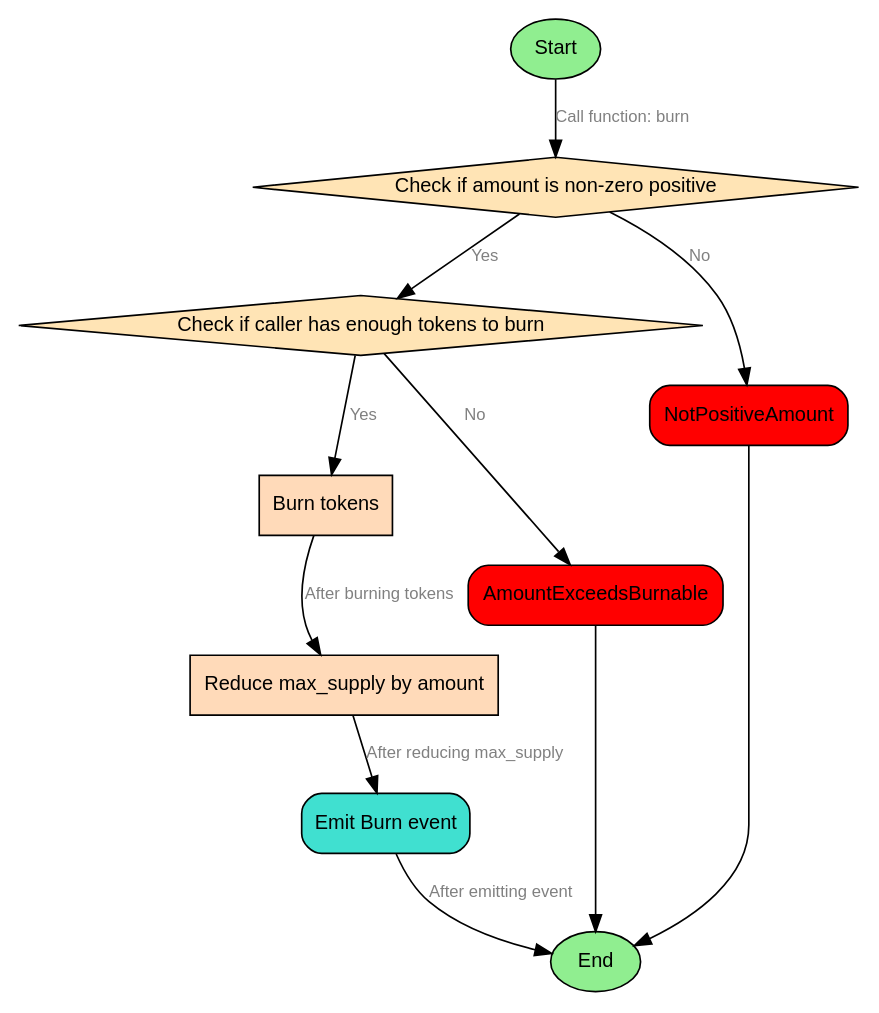
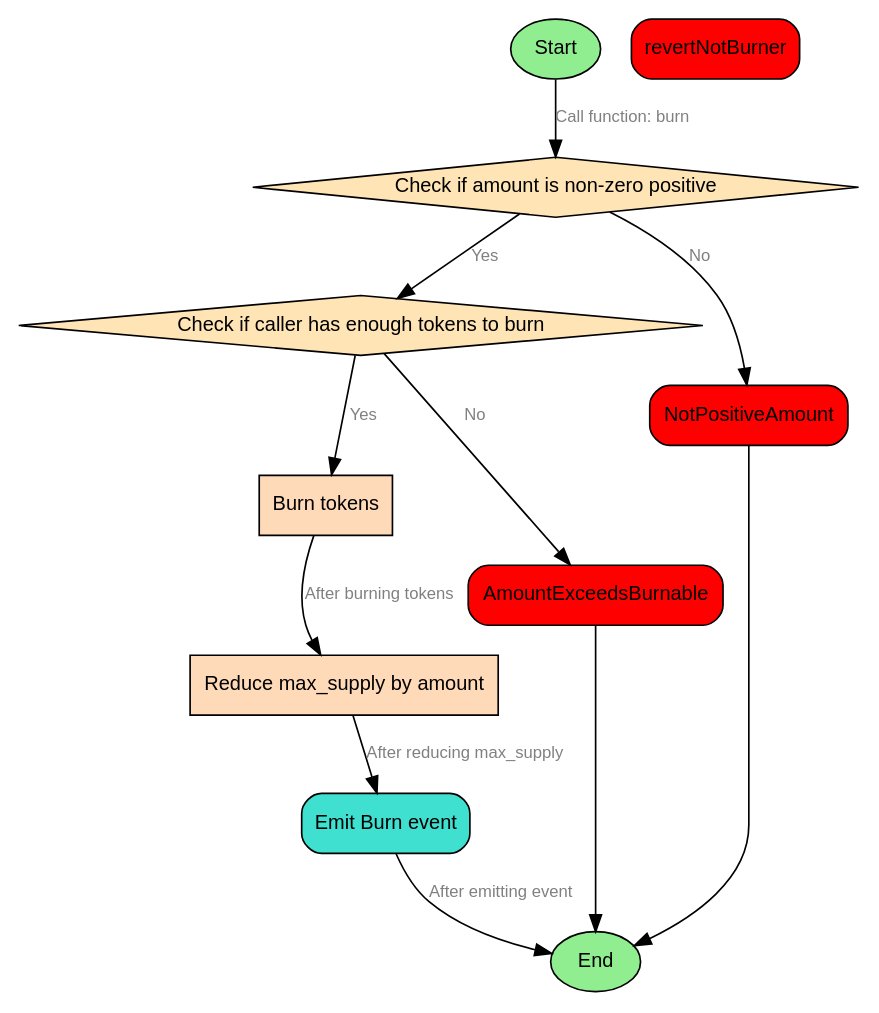
One commit to 0xJournal/contracts-0xJ__GovernanceToken changed the diagram in doc/burn.dot. Above: the diagram before and after it, drawn with Graphviz. The commit also changed 2 other files, not shown here.

```diff
--- a/doc/burn.dot
+++ b/doc/burn.dot
@@ -1,29 +1,30 @@
 digraph {
     node [shape = box; style = "rounded, filled"; fillcolor = "#F5F5F5"; fontname = "Arial"; fontsize = 12;];
     edge [fontname = "Arial"; fontsize = 10;];
     
     start [label = "Start";shape = "ellipse";style = "filled";fillcolor = "#90EE90";];
     
     start -> checkAmount [label = "Call function: burn"; fontsize = 10; fontcolor = "#808080";];
     
     checkAmount [label = "Check if amount is non-zero positive";shape = "diamond";style = "filled";fillcolor = "#FFE4B5";];
     checkBalance [label = "Check if caller has enough tokens to burn";shape = "diamond";style = "filled";fillcolor = "#FFE4B5";];
     burnTokens [label = "Burn tokens";style = "filled";fillcolor = "#FFDAB9";];
     reduceMaxSupply [label = "Reduce max_supply by amount";style = "filled";fillcolor = "#FFDAB9";];
     emitEvent [label = "Emit Burn event";shape = "box";style = "rounded,filled";fillcolor = "turquoise";];
     end [label = "End";shape = "ellipse";style = "filled";fillcolor = "#90EE90";];
     revertNotPositiveAmount [label = "NotPositiveAmount";shape = "box";style = "rounded,filled";fillcolor = "red";];
     revertAmountExceedsBurnable [label = "AmountExceedsBurnable";shape = "box";style = "rounded,filled";fillcolor = "red";];
+    revertNotBurner [label = "revertNotBurner";shape = "box";style = "rounded,filled";fillcolor = "red";];
     
     checkAmount -> checkBalance [label = "Yes"; fontsize = 10; fontcolor = "#808080";];
     checkAmount -> revertNotPositiveAmount [label = "No"; fontsize = 10; fontcolor = "#808080";];
     revertNotPositiveAmount -> end;
     
     checkBalance -> burnTokens [label = "Yes"; fontsize = 10; fontcolor = "#808080";];
     checkBalance -> revertAmountExceedsBurnable [label = "No"; fontsize = 10; fontcolor = "#808080";];
     revertAmountExceedsBurnable -> end;
     
     burnTokens -> reduceMaxSupply [label = "After burning tokens"; fontsize = 10; fontcolor = "#808080";];
     reduceMaxSupply -> emitEvent [label = "After reducing max_supply"; fontsize = 10; fontcolor = "#808080";];
     emitEvent -> end [label = "After emitting event"; fontsize = 10; fontcolor = "#808080";];
 }
```
